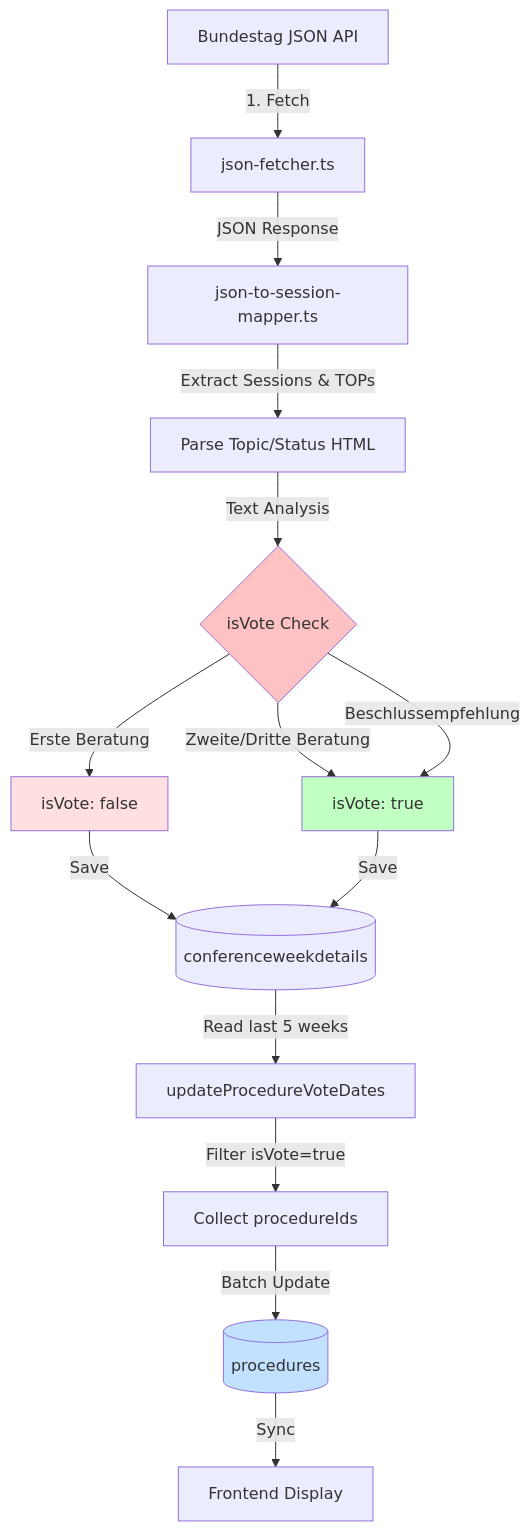
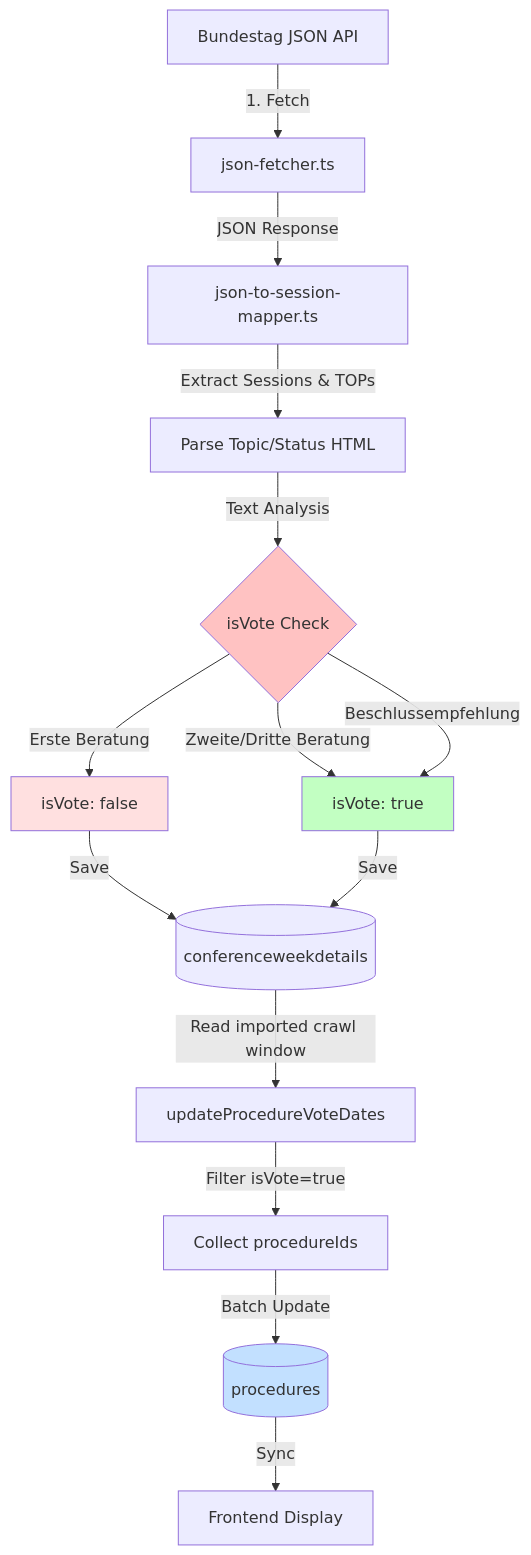
The first of 5 diagrams in services/cron-jobs/import-conference-week-details/docs/votedate-flow.md (demokratie-live/democracy-development), drawn with Mermaid before and after one commit. The commit also changed other lines of this file and 17 other files, not shown here.

````diff
--- a/services/cron-jobs/import-conference-week-details/docs/votedate-flow.md
+++ b/services/cron-jobs/import-conference-week-details/docs/votedate-flow.md
@@ -64,21 +66,21 @@
 ```mermaid
 flowchart TD
     A[Bundestag JSON API] -->|1. Fetch| B[json-fetcher.ts]
     B -->|JSON Response| C[json-to-session-mapper.ts]
     C -->|Extract Sessions & TOPs| D[Parse Topic/Status HTML]
     D -->|Text Analysis| E{isVote Check}
     E -->|"Erste Beratung"| F[isVote: false]
     E -->|"Zweite/Dritte Beratung"| G[isVote: true]
     E -->|"Beschlussempfehlung"| G
     F -->|Save| H[(conferenceweekdetails)]
     G -->|Save| H
-    H -->|Read last 5 weeks| I[updateProcedureVoteDates]
+    H -->|Read imported crawl window| I[updateProcedureVoteDates]
     I -->|Filter isVote=true| J[Collect procedureIds]
     J -->|Batch Update| K[(procedures)]
     K -->|Sync| L[Frontend Display]
 
     style E fill:#ff999999
     style G fill:#99ff9999
     style F fill:#ffcccc99
     style K fill:#99ccff99
 ```
````
